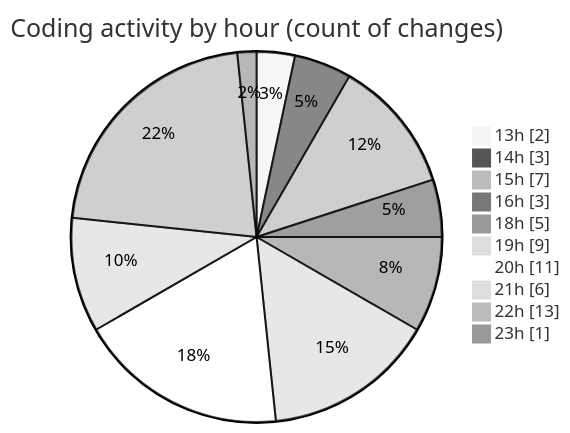
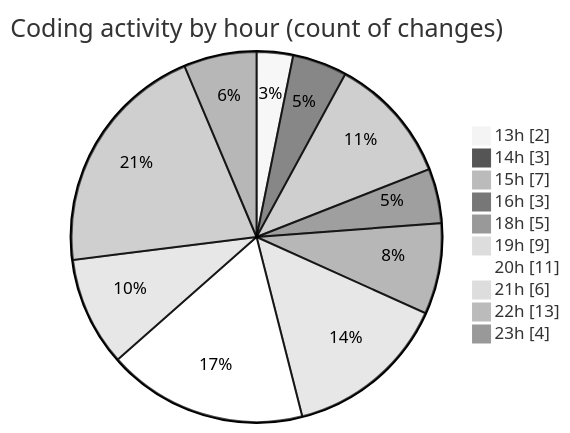
The second of 2 diagrams in 2025-11-14/cdp_aleoudev_fr__workspace_/README.md (julien-gomy/code-tracking), drawn with Mermaid (neutral theme) before and after one commit. The commit also changed other lines of this file and 1 other file, not shown here.

````diff
--- a/2025-11-14/cdp_aleoudev_fr__workspace_/README.md
+++ b/2025-11-14/cdp_aleoudev_fr__workspace_/README.md
@@ -45,14 +45,14 @@
 ```mermaid
 pie showData
 title Coding activity by hour (count of changes)
 "13h" : 2
 "14h" : 3
 "15h" : 7
 "16h" : 3
 "18h" : 5
 "19h" : 9
 "20h" : 11
 "21h" : 6
 "22h" : 13
-"23h" : 1
+"23h" : 4
 ```
````
